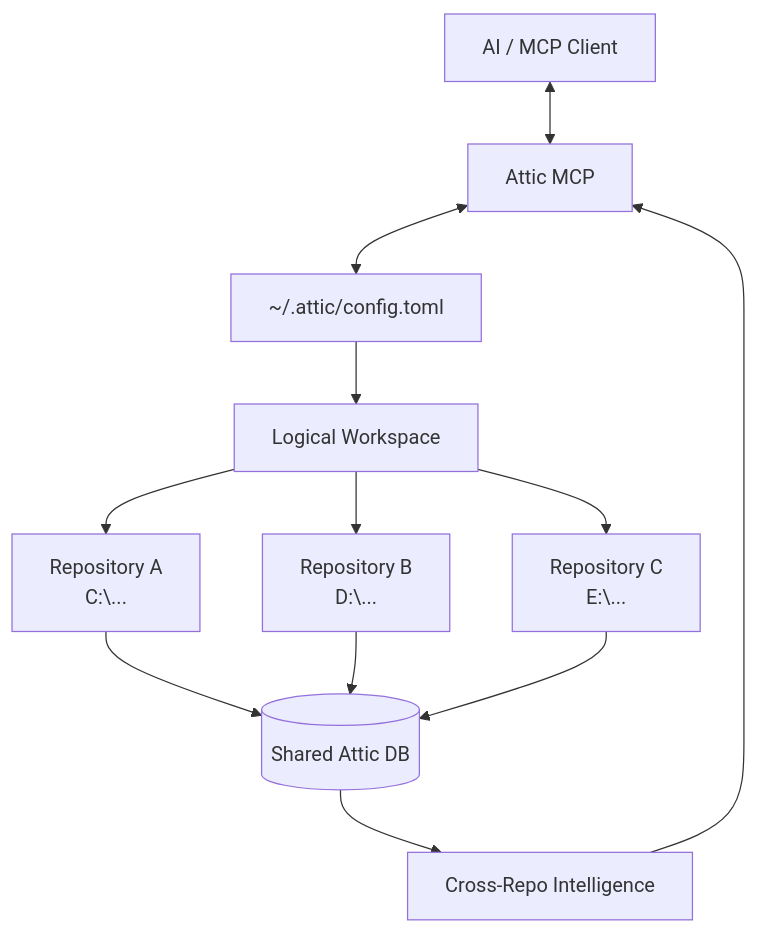
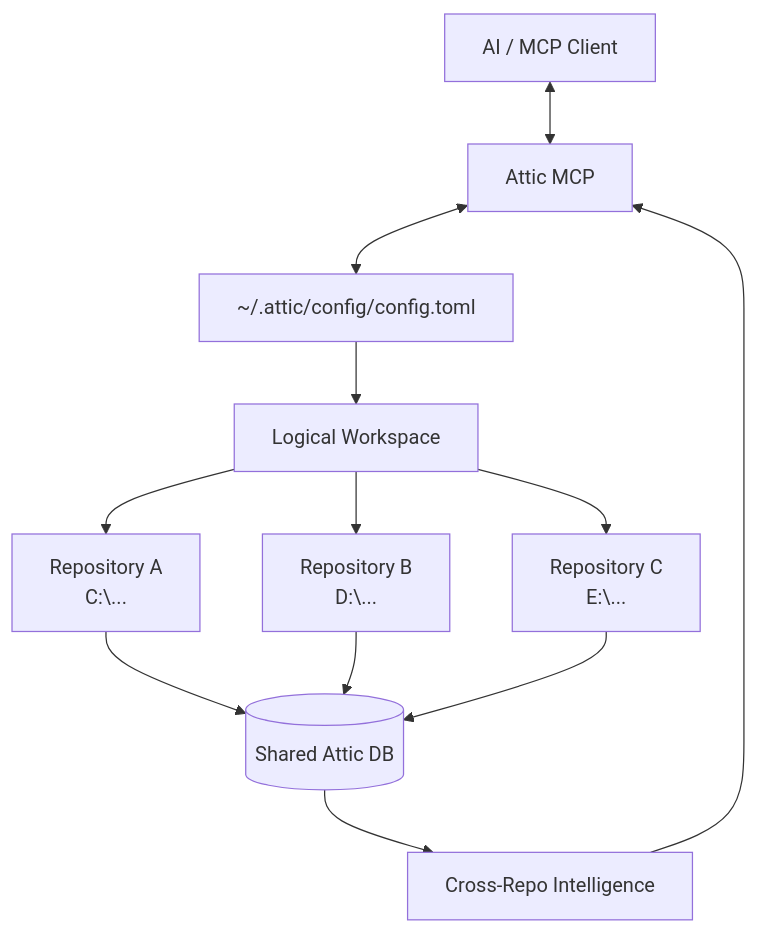
One commit to aman-5/attic changed the eighth of 8 diagrams in docs/ARCHITECTURE.md. Above: the diagram before and after it, drawn with Mermaid. The commit also changed other lines of this file and 62 other files, not shown here.

````diff
--- a/docs/ARCHITECTURE.md
+++ b/docs/ARCHITECTURE.md
@@ -733,24 +774,24 @@
 ```mermaid
 flowchart TD
     AI[AI / MCP Client]
     MCP[Attic MCP]
-    CFG["~/.attic/config.toml"]
+    CFG["~/.attic/config/config.toml"]
     W[Logical Workspace]
     A["Repository A<br/>C:\..."]
     B["Repository B<br/>D:\..."]
     C["Repository C<br/>E:\..."]
     DB[(Shared Attic DB)]
     CR[Cross-Repo Intelligence]
 
     AI <--> MCP
     MCP <--> CFG
     CFG --> W
     W --> A
     W --> B
     W --> C
     A --> DB
     B --> DB
     C --> DB
     DB --> CR
     CR --> MCP
 ```
````
